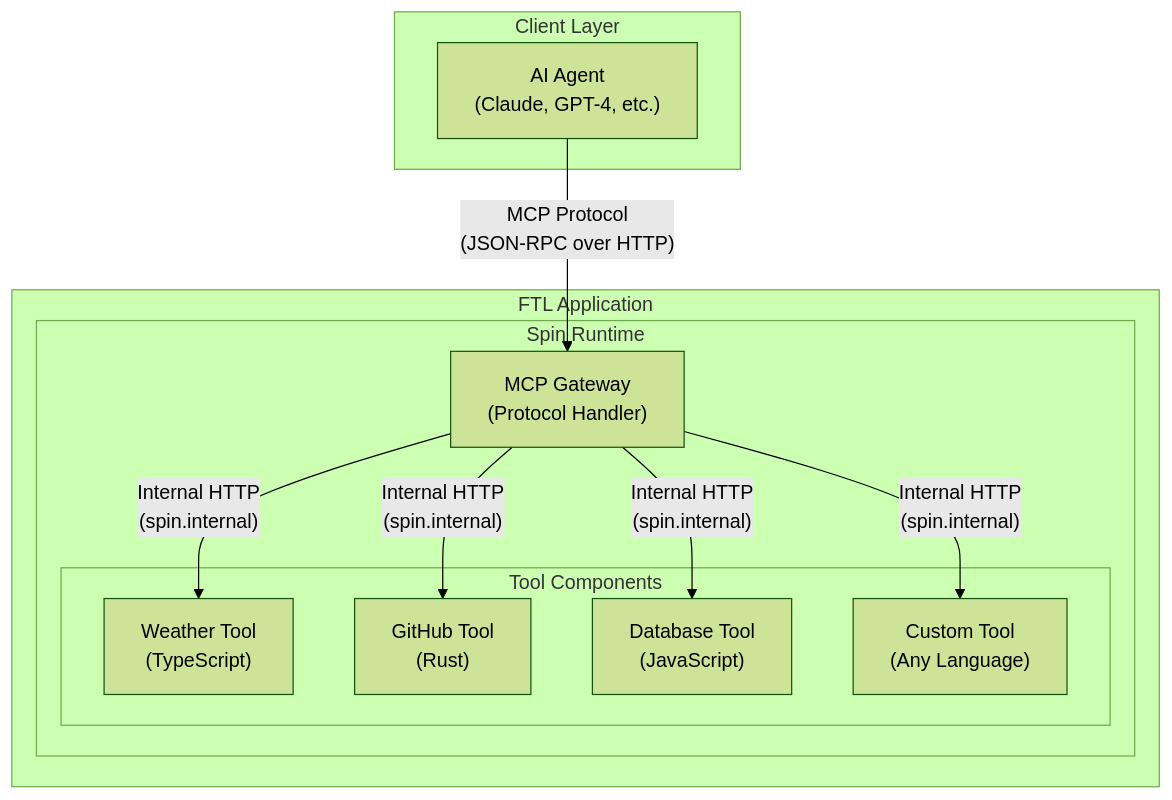
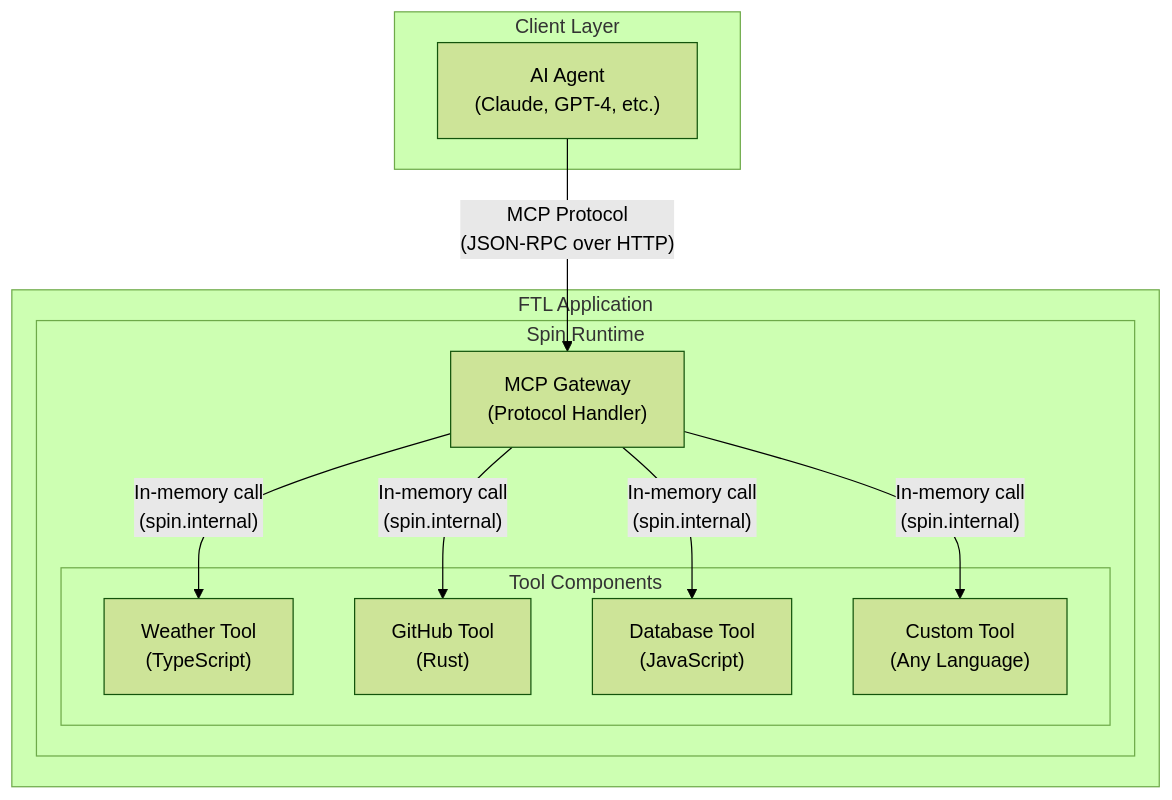
One commit to fastertools/ftl changed the diagram in README.md. Above: the diagram before and after it, drawn with Mermaid (forest theme).

````diff
--- a/README.md
+++ b/README.md
@@ -198,25 +198,25 @@
 ```mermaid
 graph TB
     subgraph "Client Layer"
         Agent["AI Agent<br/>(Claude, GPT-4, etc.)"]
     end
     
     subgraph "FTL Application" 
         subgraph "Spin Runtime"
             Gateway["MCP Gateway<br/>(Protocol Handler)"]
             
             subgraph "Tool Components"
                 Weather["Weather Tool<br/>(TypeScript)"]
                 GitHub["GitHub Tool<br/>(Rust)"]
                 Database["Database Tool<br/>(JavaScript)"]
                 Custom["Custom Tool<br/>(Any Language)"]
             end
         end
     end
     
     Agent -->|"MCP Protocol<br/>(JSON-RPC over HTTP)"| Gateway
-    Gateway -->|"Internal HTTP<br/>(spin.internal)"| Weather
-    Gateway -->|"Internal HTTP<br/>(spin.internal)"| GitHub
-    Gateway -->|"Internal HTTP<br/>(spin.internal)"| Database
-    Gateway -->|"Internal HTTP<br/>(spin.internal)"| Custom
+    Gateway -->|"In-memory call<br/>(spin.internal)"| Weather
+    Gateway -->|"In-memory call<br/>(spin.internal)"| GitHub
+    Gateway -->|"In-memory call<br/>(spin.internal)"| Database
+    Gateway -->|"In-memory call<br/>(spin.internal)"| Custom
 ```
````
